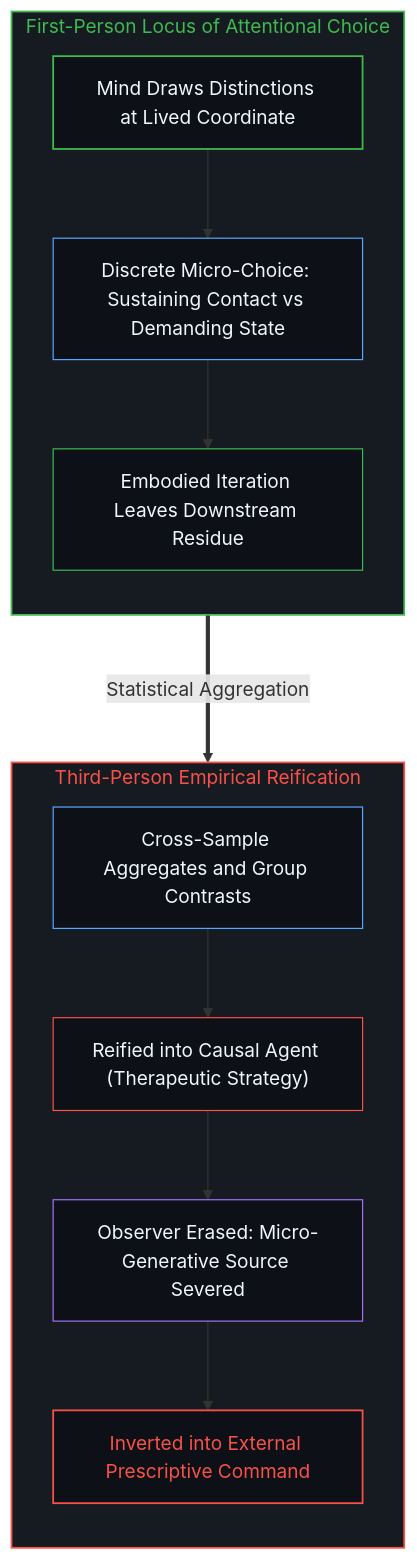
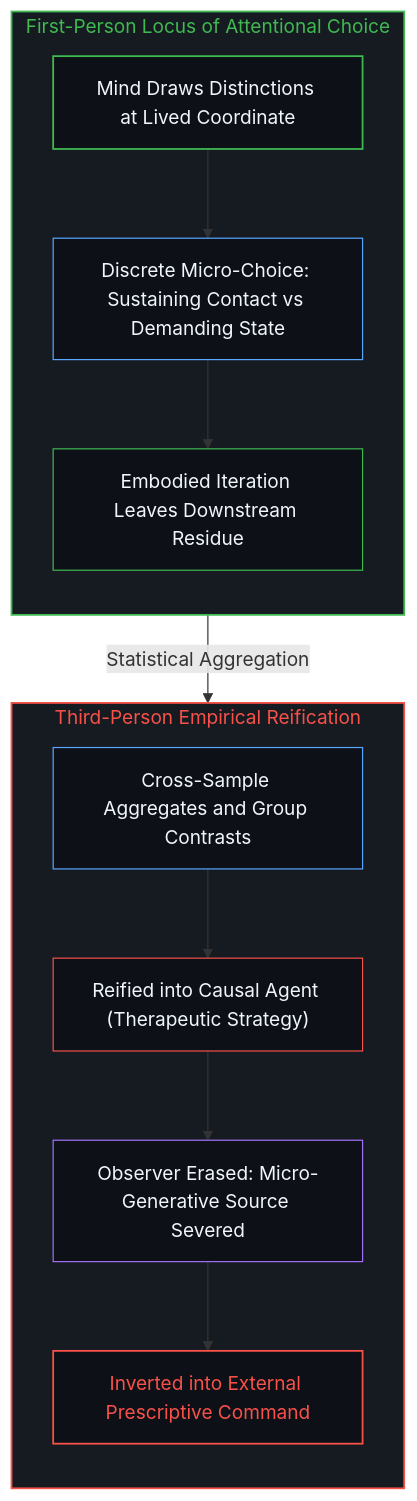
One commit to powerpig99/not-a-toe changed the sixth of 6 diagrams in content/posts/present-contact-and-the-obscuration-of-desired-feeling.md. Above: the diagram before and after it, drawn with Mermaid. The commit also changed other lines of this file and 2 other files, not shown here.

Commit message:
Polish Post #385: streamline Mermaid connectors, clarify Heideggerian vs present registration, and anchor Call to Praxis

````diff
--- a/content/posts/present-contact-and-the-obscuration-of-desired-feeling.md
+++ b/content/posts/present-contact-and-the-obscuration-of-desired-feeling.md
@@ -175,27 +175,27 @@
 ```mermaid
 graph TD
     subgraph S_MicroAgency_EN ["First-Person Locus of Attentional Choice"]
         direction TB
         ME_Locus["Mind Draws Distinctions at Lived Coordinate"] --> ME_Choice["Discrete Micro-Choice: Sustaining Contact vs Demanding State"]
         ME_Choice --> ME_Action["Embodied Iteration Leaves Downstream Residue"]
     end
 
     subgraph S_AggregateIllusion_EN ["Third-Person Empirical Reification"]
         direction TB
         AE_Data["Cross-Sample Aggregates and Group Contrasts"] --> AE_Reify["Reified into Causal Agent (Therapeutic Strategy)"]
         AE_Reify --> AE_Erase["Observer Erased: Micro-Generative Source Severed"]
         AE_Erase --> AE_Dictate["Inverted into External Prescriptive Command"]
     end
 
-    ME_Action ===>|"Statistical Aggregation"| AE_Data
+    ME_Action -->|"Statistical Aggregation"| AE_Data
 
     style S_MicroAgency_EN fill:#161b22,stroke:#3fb950,stroke-width:1.5px,color:#3fb950
     style S_AggregateIllusion_EN fill:#161b22,stroke:#f85149,stroke-width:1.5px,color:#f85149
     style ME_Locus fill:#0d1117,stroke:#3fb950,stroke-width:1.5px,color:#f0f6fc
     style ME_Choice fill:#0d1117,stroke:#58a6ff,stroke-width:1px,color:#f0f6fc
     style ME_Action fill:#0d1117,stroke:#3fb950,stroke-width:1px,color:#f0f6fc
     style AE_Data fill:#0d1117,stroke:#58a6ff,stroke-width:1px,color:#f0f6fc
     style AE_Reify fill:#0d1117,stroke:#f85149,stroke-width:1px,color:#f0f6fc
     style AE_Erase fill:#0d1117,stroke:#a371f7,stroke-width:1px,color:#f0f6fc
     style AE_Dictate fill:#0d1117,stroke:#f85149,stroke-width:1.5px,color:#f85149
 ```
````
